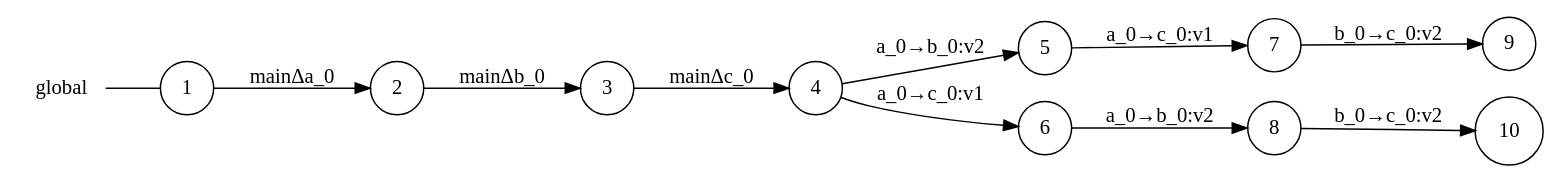
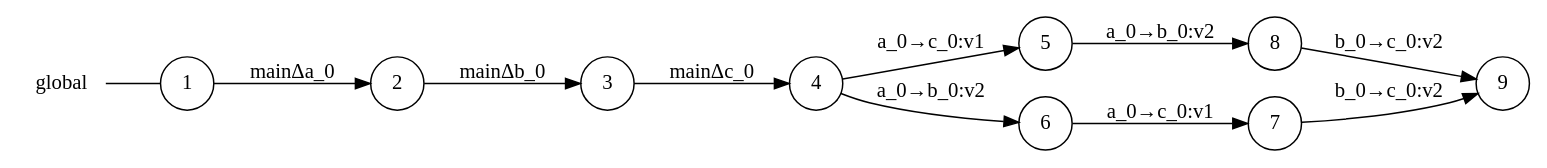
Before and after one commit to gabrielegenovese/chorer: the diagram in examples/trick/main_global_view.dot, drawn with Graphviz. The commit also changed 32 other files, not shown here.

```diff
--- a/examples/trick/main_global_view.dot
+++ b/examples/trick/main_global_view.dot
@@ -1,25 +1,24 @@
 digraph global {
 	rankdir="LR";
 	n_0 [label="global", shape="plaintext"];
-	n_1 [id="5", shape=circle, label="5"];
-	n_2 [id="6", shape=circle, label="6"];
-	n_3 [id="10", shape=circle, label="10"];
+	n_1 [id="5", shape=circle, label="7"];
+	n_2 [id="6", shape=circle, label="9"];
+	n_3 [id="10", shape=circle, label="4"];
 	n_4 [id="1", shape=circle, label="1"];
 	n_0 -> n_4 [arrowhead=none];
-	n_5 [id="9", shape=circle, label="9"];
+	n_5 [id="9", shape=circle, label="5"];
 	n_6 [id="2", shape=circle, label="2"];
 	n_7 [id="8", shape=circle, label="8"];
-	n_8 [id="4", shape=circle, label="4"];
-	n_9 [id="7", shape=circle, label="7"];
-	n_10 [id="3", shape=circle, label="3"];
+	n_8 [id="4", shape=circle, label="6"];
+	n_9 [id="3", shape=circle, label="3"];
 
-	n_6 -> n_10 [id="[$e|1]", label="mainΔb_0"];
-	n_8 -> n_1 [id="[$e|3]", label="a_0→b_0:v2"];
-	n_10 -> n_8 [id="[$e|2]", label="mainΔc_0"];
-	n_1 -> n_9 [id="[$e|5]", label="a_0→c_0:v1"];
-	n_2 -> n_7 [id="[$e|6]", label="a_0→b_0:v2"];
-	n_9 -> n_5 [id="[$e|7]", label="b_0→c_0:v2"];
-	n_7 -> n_3 [id="[$e|8]", label="b_0→c_0:v2"];
-	n_8 -> n_2 [id="[$e|4]", label="a_0→c_0:v1"];
-	n_4 -> n_6 [id="[$e|0]", label="mainΔa_0"];
+	n_7 -> n_2 [id="[$e|1]", label="b_0→c_0:v2"];
+	n_8 -> n_1 [id="[$e|4]", label="a_0→c_0:v1"];
+	n_3 -> n_5 [id="[$e|7]", label="a_0→c_0:v1"];
+	n_3 -> n_8 [id="[$e|8]", label="a_0→b_0:v2"];
+	n_5 -> n_7 [id="[$e|0]", label="a_0→b_0:v2"];
+	n_6 -> n_9 [id="[$e|3]", label="mainΔb_0"];
+	n_4 -> n_6 [id="[$e|2]", label="mainΔa_0"];
+	n_9 -> n_3 [id="[$e|6]", label="mainΔc_0"];
+	n_1 -> n_2 [id="[$e|9]", label="b_0→c_0:v2"];
 }
```
